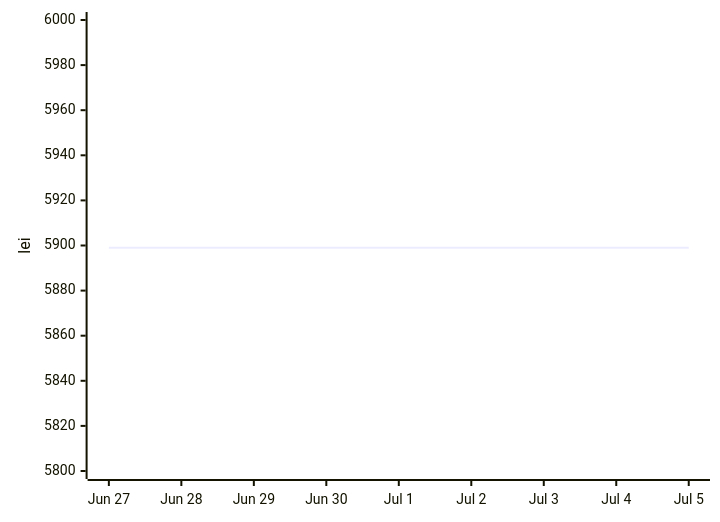
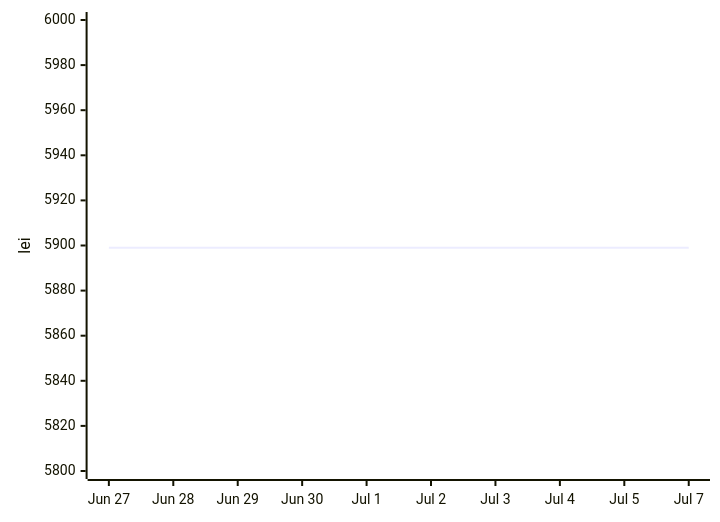
The second of 2 diagrams in README.md (anagheioan/laptop-price-monitor), drawn with Mermaid before and after one commit. The commit also changed other lines of this file and 1 other file, not shown here.

Commit message:
Price check 2026-07-07

````diff
--- a/README.md
+++ b/README.md
@@ -29,6 +29,6 @@
 ```mermaid
 xychart-beta
-    x-axis ["Jun 27", "Jun 28", "Jun 29", "Jun 30", "Jul 1", "Jul 2", "Jul 3", "Jul 4", "Jul 5"]
+    x-axis ["Jun 27", "Jun 28", "Jun 29", "Jun 30", "Jul 1", "Jul 2", "Jul 3", "Jul 4", "Jul 5", "Jul 7"]
     y-axis "lei" 5800 --> 6000
-    line [5899.0, 5899.0, 5899.0, 5899.0, 5899.0, 5899.0, 5899.0, 5899.0, 5899.0]
+    line [5899.0, 5899.0, 5899.0, 5899.0, 5899.0, 5899.0, 5899.0, 5899.0, 5899.0, 5899.0]
 ```
````
